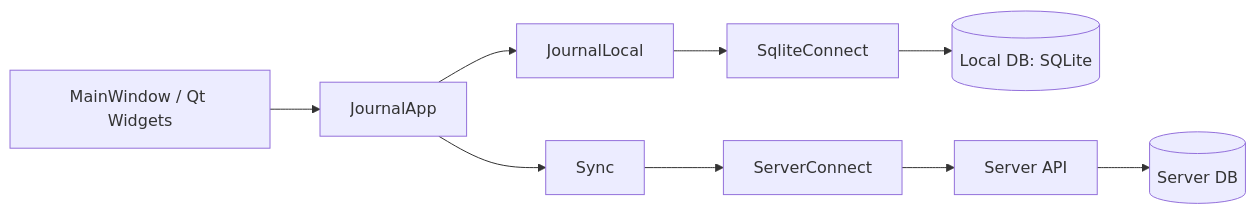
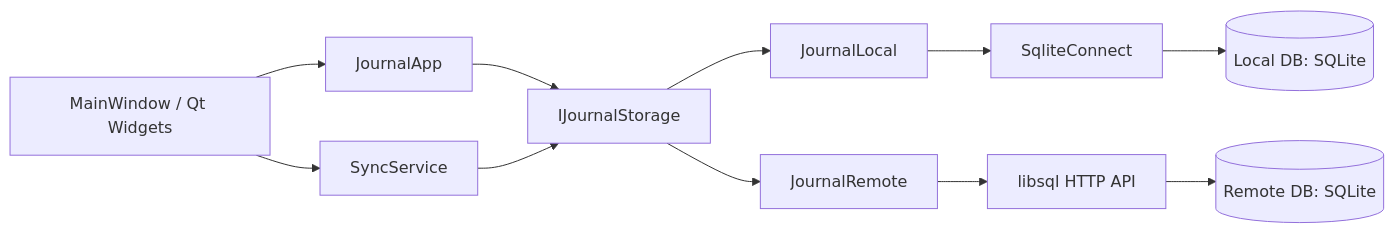
The first of 4 diagrams in doc/arch.md (Satkhar/journal_app), drawn with Mermaid before and after one commit. The commit also changed other lines of this file and 1 other file, not shown here.

````diff
--- a/doc/arch.md
+++ b/doc/arch.md
@@ -33,13 +15,14 @@
 ```mermaid
 flowchart LR
   UI[MainWindow / Qt Widgets] --> APP[JournalApp]
-  APP --> REPO[JournalLocal]
+  APP --> ST[IJournalStorage]
+  ST --> LOCAL[JournalLocal]
+  ST --> REMOTE[JournalRemote]
+  LOCAL --> SQLITE[SqliteConnect]
+  SQLITE --> LDB[(Local DB: SQLite)]
+  REMOTE --> API[libsql HTTP API]
+  API --> RDB[(Remote DB: SQLite)]
 
-  REPO --> L[SqliteConnect]
-  L --> LDB[(Local DB: SQLite)]
-
-  APP --> SYNC[Sync]
-  SYNC --> REMOTE[ServerConnect]
-  REMOTE --> API[Server API]
-  API --> SDB[(Server DB)]
+  UI --> SYNC[SyncService]
+  SYNC --> ST
 ```
````
